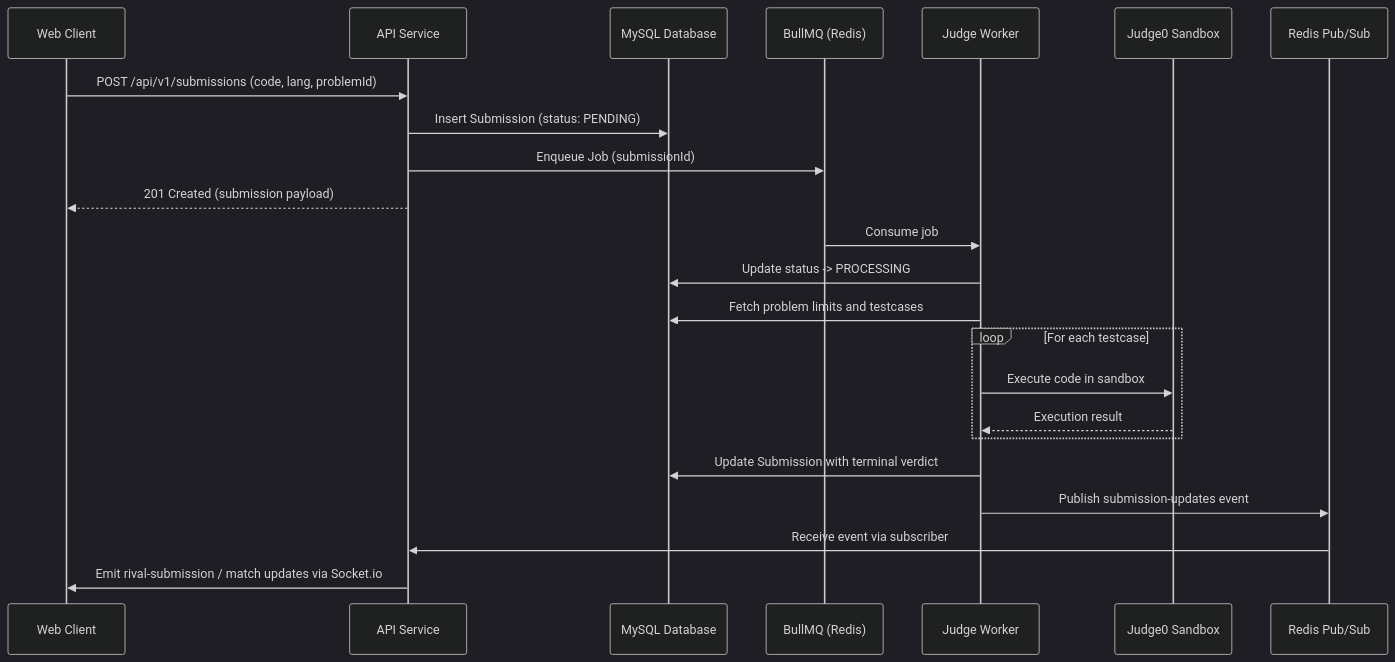
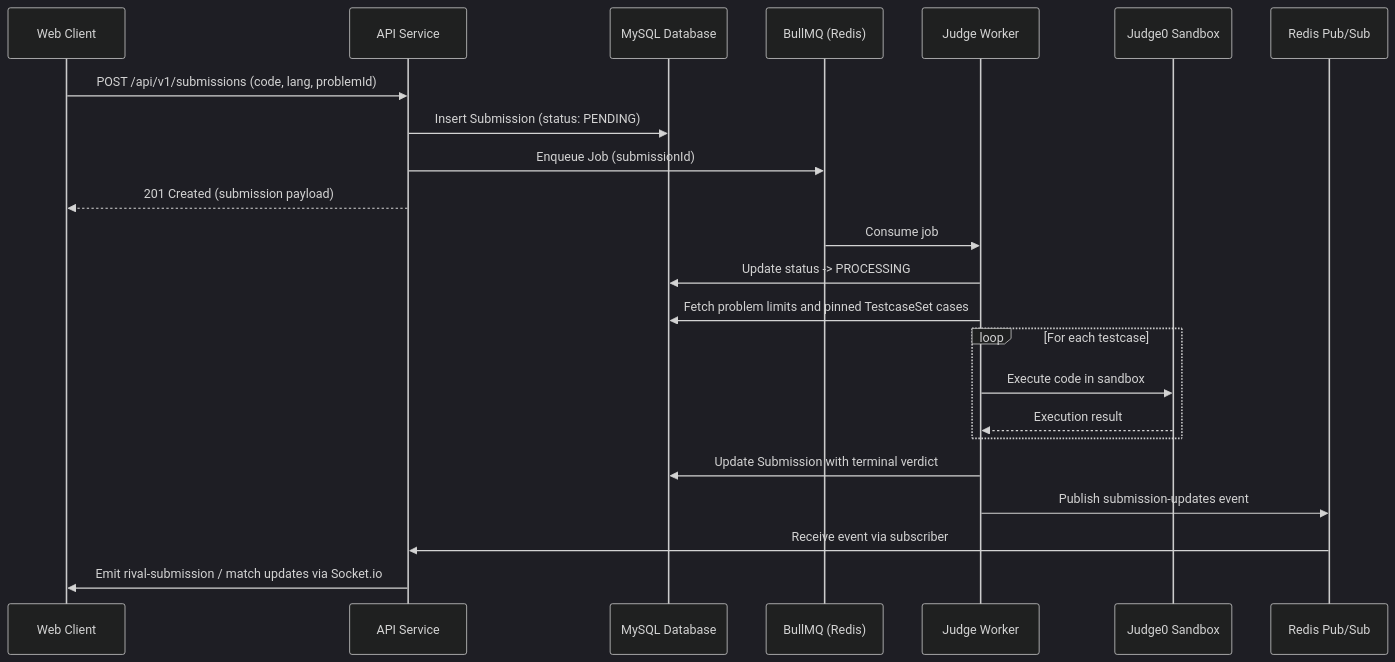
One commit to jack1e2401/fessior changed the diagram in docs/judging-pipeline.md. Above: the diagram before and after it, drawn with Mermaid (dark theme). The commit also changed other lines of this file and 102 other files, not shown here.

````diff
--- a/docs/judging-pipeline.md
+++ b/docs/judging-pipeline.md
@@ -11,27 +11,27 @@
 ```mermaid
 sequenceDiagram
   participant Client as Web Client
   participant API as API Service
   participant MySQL as MySQL Database
   participant Queue as BullMQ (Redis)
   participant Worker as Judge Worker
   participant Judge0 as Judge0 Sandbox
   participant PubSub as Redis Pub/Sub
 
   Client->>API: POST /api/v1/submissions (code, lang, problemId)
   API->>MySQL: Insert Submission (status: PENDING)
   API->>Queue: Enqueue Job (submissionId)
   API-->>Client: 201 Created (submission payload)
 
   Queue->>Worker: Consume job
   Worker->>MySQL: Update status -> PROCESSING
-  Worker->>MySQL: Fetch problem limits and testcases
+  Worker->>MySQL: Fetch problem limits and pinned TestcaseSet cases
   loop For each testcase
     Worker->>Judge0: Execute code in sandbox
     Judge0-->>Worker: Execution result
   end
   Worker->>MySQL: Update Submission with terminal verdict
   Worker->>PubSub: Publish submission-updates event
   PubSub->>API: Receive event via subscriber
   API->>Client: Emit rival-submission / match updates via Socket.io
 ```
````
